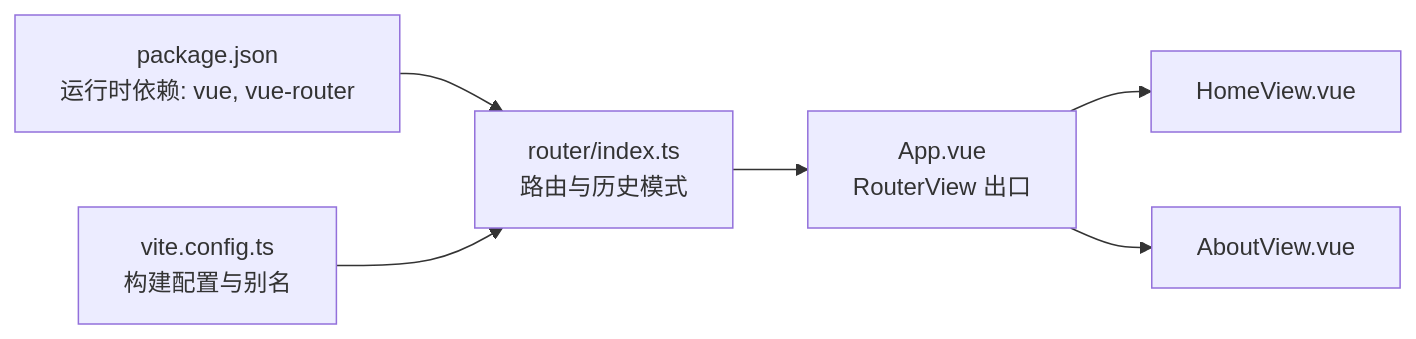
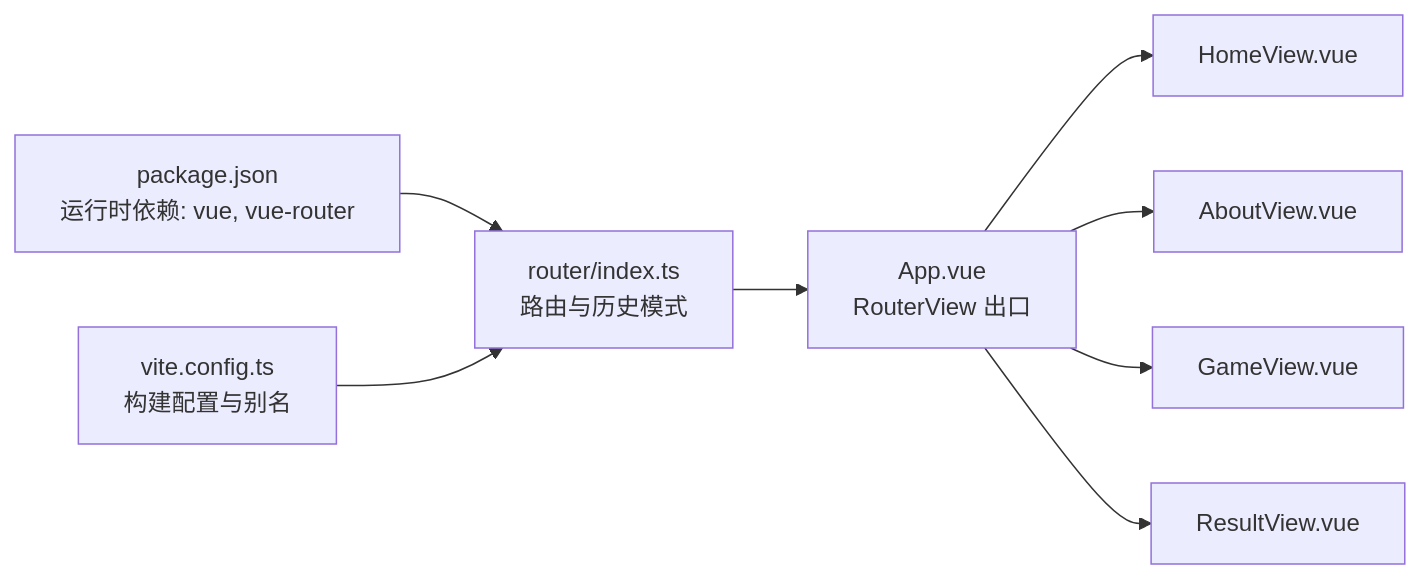
Before and after one commit to iazrael/feihua-ling: the third of 3 diagrams in .qoder/repowiki/zh/content/前端架构/路由配置.md, drawn with Mermaid. The commit also changed other lines of this file and 10 other files, not shown here.

````diff
--- a/.qoder/repowiki/zh/content/前端架构/路由配置.md
+++ b/.qoder/repowiki/zh/content/前端架构/路由配置.md
@@ -155,14 +179,18 @@
 ```mermaid
 graph LR
 P["package.json<br/>运行时依赖: vue, vue-router"]
 V["vite.config.ts<br/>构建配置与别名"]
 R["router/index.ts<br/>路由与历史模式"]
 A["App.vue<br/>RouterView 出口"]
 H["HomeView.vue"]
 B["AboutView.vue"]
+G["GameView.vue"]
+S["ResultView.vue"]
 P --> R
 V --> R
 R --> A
 A --> H
 A --> B
+A --> G
+A --> S
 ```
````
